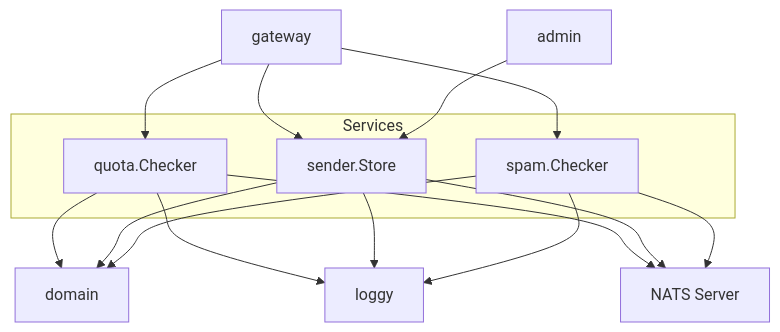
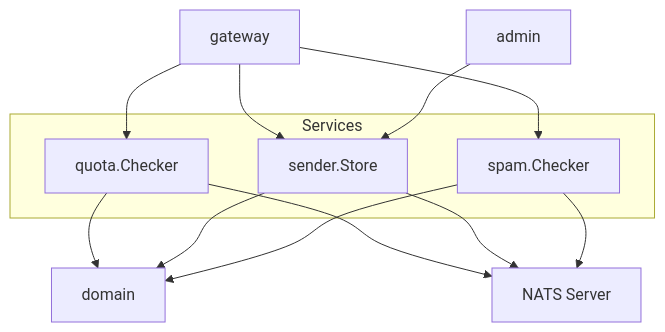
One commit to maatini/dispatch changed the diagram in docs/knowledge-base/modules/services/dependencies.md. Above: the diagram before and after it, drawn with Mermaid. The commit also changed other lines of this file and 41 other files, not shown here.

````diff
--- a/docs/knowledge-base/modules/services/dependencies.md
+++ b/docs/knowledge-base/modules/services/dependencies.md
@@ -22,23 +24,20 @@
 ```mermaid
 graph TD
     subgraph Services
         QUOTA[quota.Checker]
         SENDER[sender.Store]
         SPAM[spam.Checker]
     end
 
     QUOTA --> DOMAIN[domain]
-    QUOTA --> LOGGY[loggy]
     QUOTA --> NATS[NATS Server]
     SENDER --> DOMAIN
-    SENDER --> LOGGY
     SENDER --> NATS
     SPAM --> DOMAIN
-    SPAM --> LOGGY
     SPAM --> NATS
 
     GATEWAY[gateway] --> QUOTA
     GATEWAY --> SENDER
     GATEWAY --> SPAM
     ADMIN[admin] --> SENDER
 ```
````
